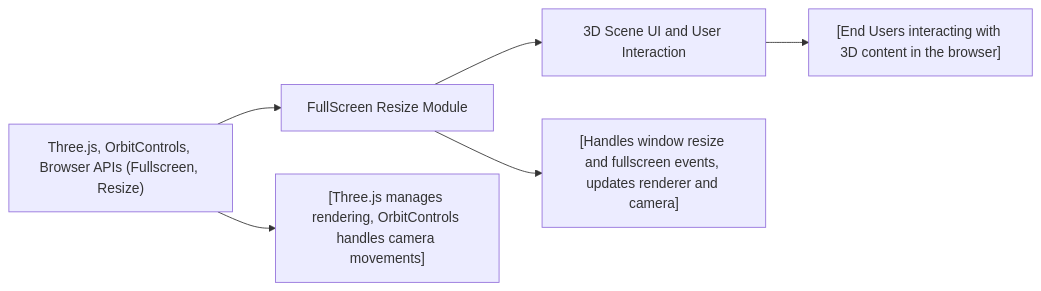
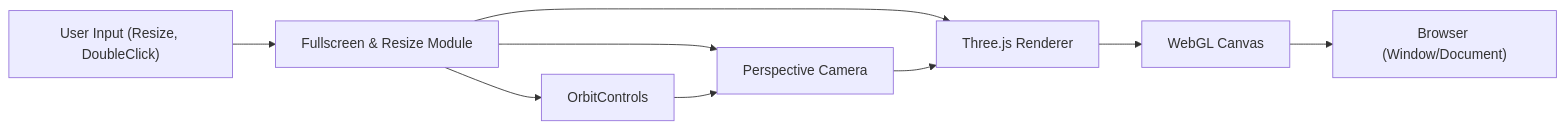
The diagram in .shelfya/guide/fullscreen-resize.md (NicoooM/three-js-test), drawn with Mermaid before and after one commit. The commit also changed other lines of this file and 15 other files, not shown here.

````diff
--- a/.shelfya/guide/fullscreen-resize.md
+++ b/.shelfya/guide/fullscreen-resize.md
@@ -59,7 +82,10 @@
 ```mermaid
 flowchart LR
-  dependencies["Three.js, OrbitControls, Browser APIs (Fullscreen, Resize)"] --> thisModule["FullScreen Resize Module"] --> usedBy["3D Scene UI and User Interaction"]
-  dependencies --> details["[Three.js manages rendering, OrbitControls handles camera movements]"]
-  thisModule --> process["[Handles window resize and fullscreen events, updates renderer and camera]"] 
-  usedBy --> consumers["[End Users interacting with 3D content in the browser]"]
+  userInput["User Input (Resize, DoubleClick)"] --> fullscreenResize["Fullscreen & Resize Module"] --> threejsRenderer["Three.js Renderer"]
+  fullscreenResize --> camera["Perspective Camera"]
+  fullscreenResize --> controls["OrbitControls"]
+  threejsRenderer --> webglCanvas["WebGL Canvas"]
+  camera --> threejsRenderer
+  controls --> camera
+  webglCanvas --> browser["Browser (Window/Document)"]
 ```
````
